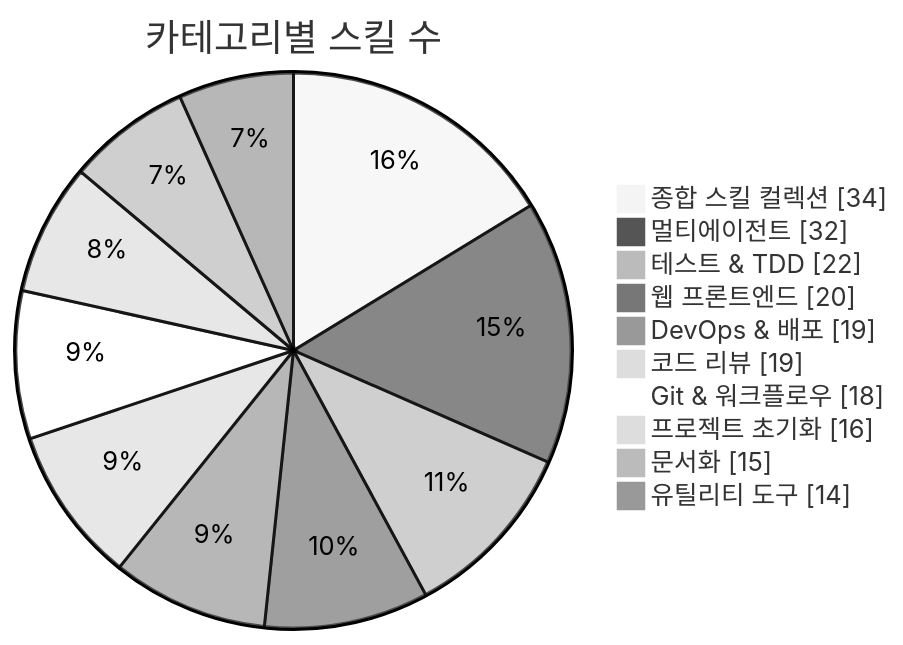
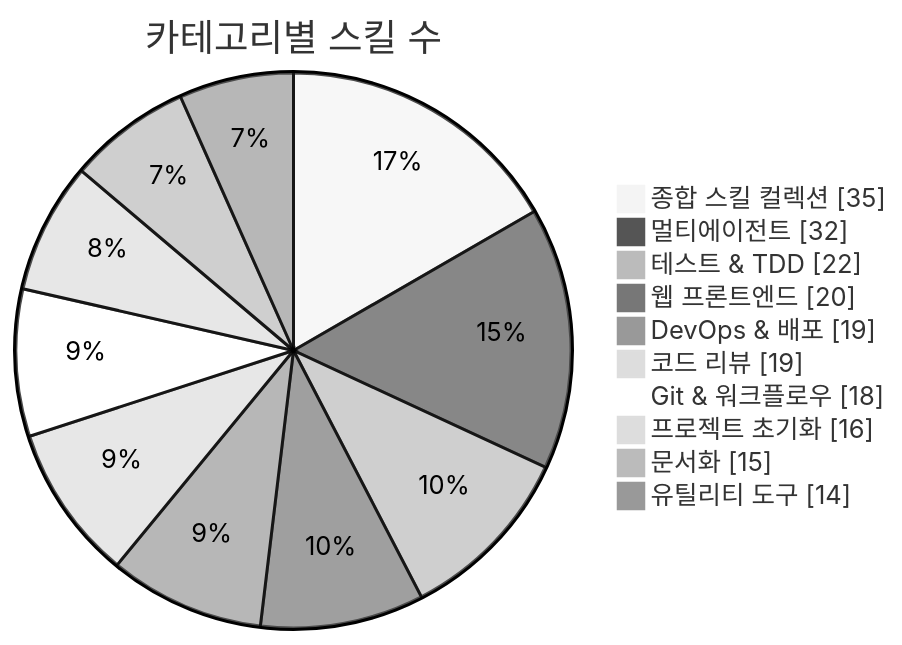
The first of 3 diagrams in README.md (J-nowcow/awesome-korean-agent-skills), drawn with Mermaid (neutral theme) before and after one commit. The commit also changed other lines of this file and 3 other files, not shown here.

````diff
--- a/README.md
+++ b/README.md
@@ -176,14 +176,14 @@
 ```mermaid
 pie showData
     title 카테고리별 스킬 수
-    "종합 스킬 컬렉션" : 34
+    "종합 스킬 컬렉션" : 35
     "멀티에이전트" : 32
     "테스트 & TDD" : 22
     "웹 프론트엔드" : 20
     "DevOps & 배포" : 19
     "코드 리뷰" : 19
     "Git & 워크플로우" : 18
     "프로젝트 초기화" : 16
     "문서화" : 15
     "유틸리티 도구" : 14
 ```
````
